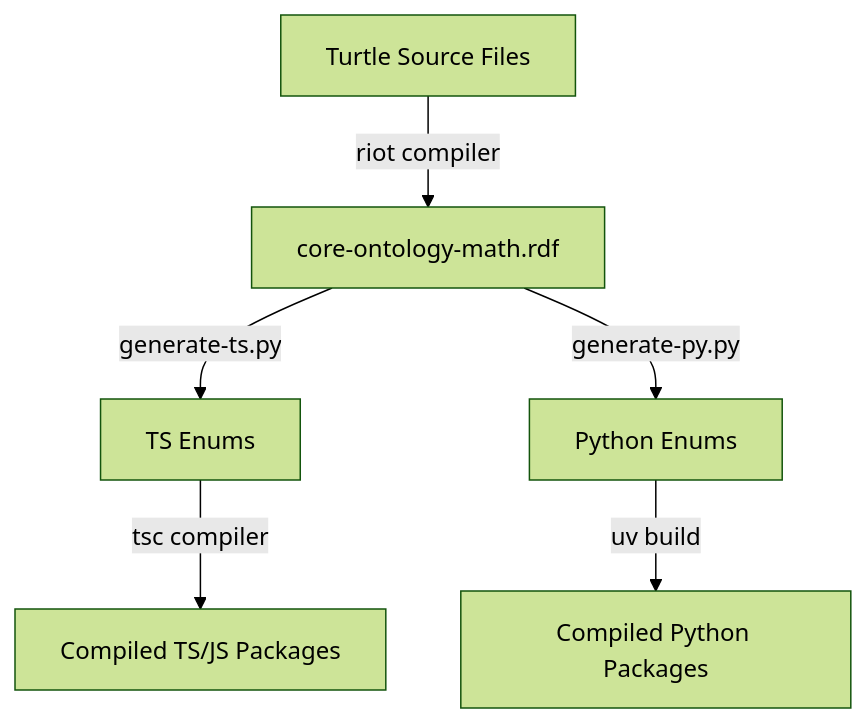
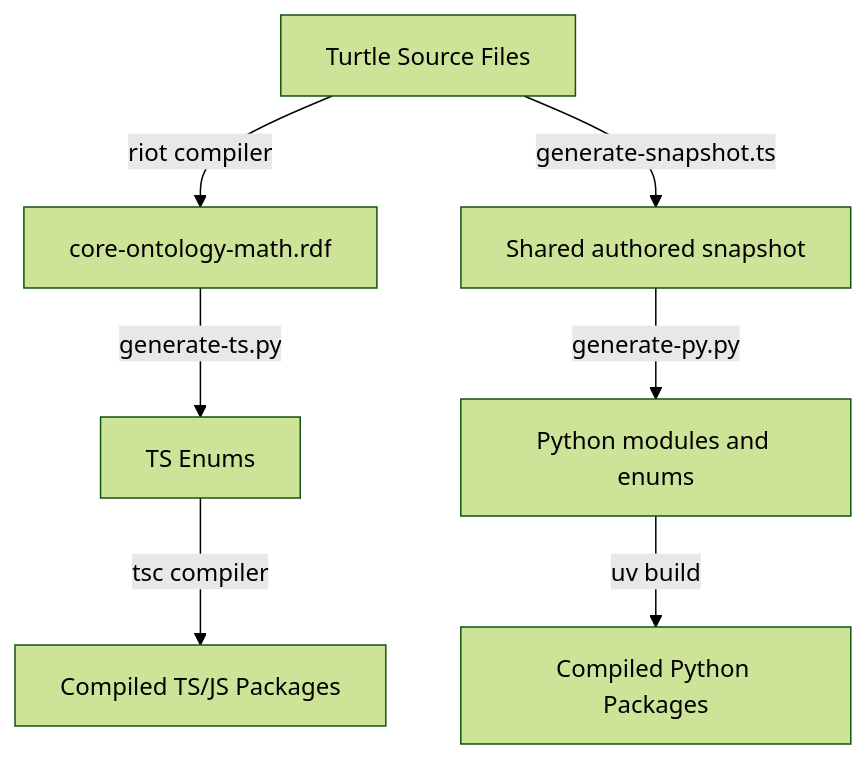
The diagram in DOCS.md (christian-bick/edugraph-ontology), drawn with Mermaid (forest theme) before and after one commit. The commit also changed other lines of this file and 40 other files, not shown here.

Commit message:
feat: add typed Python snapshot queries and shared conformance

````diff
--- a/DOCS.md
+++ b/DOCS.md
@@ -46,8 +46,9 @@
 ```mermaid
 graph TD
     TTL[Turtle Source Files] -->|riot compiler| RDF[core-ontology-math.rdf]
     RDF -->|generate-ts.py| TS[TS Enums]
     TS -->|tsc compiler| JS[Compiled TS/JS Packages]
-    RDF -->|generate-py.py| PY[Python Enums]
+    TTL -->|generate-snapshot.ts| JSON[Shared authored snapshot]
+    JSON -->|generate-py.py| PY[Python modules and enums]
     PY -->|uv build| WHL[Compiled Python Packages]
 ```
````
